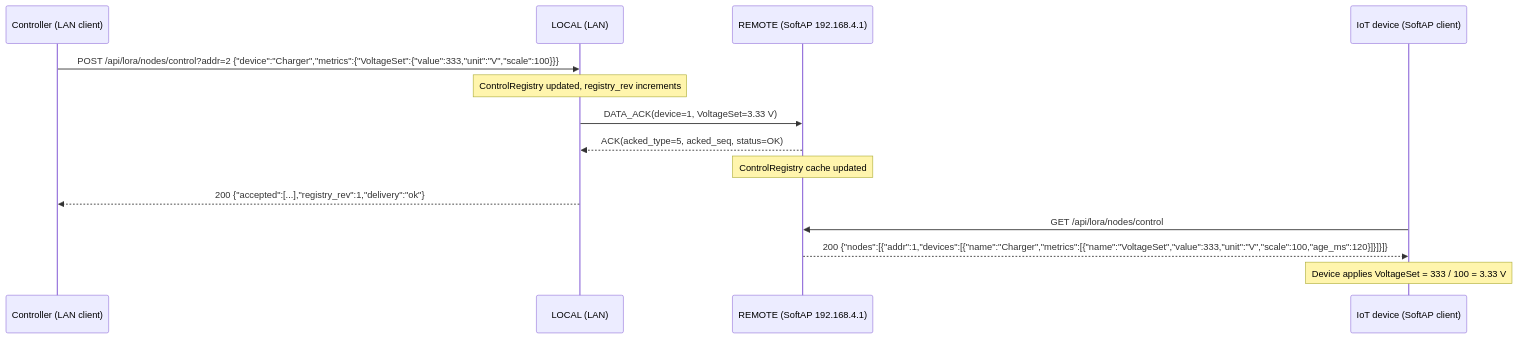
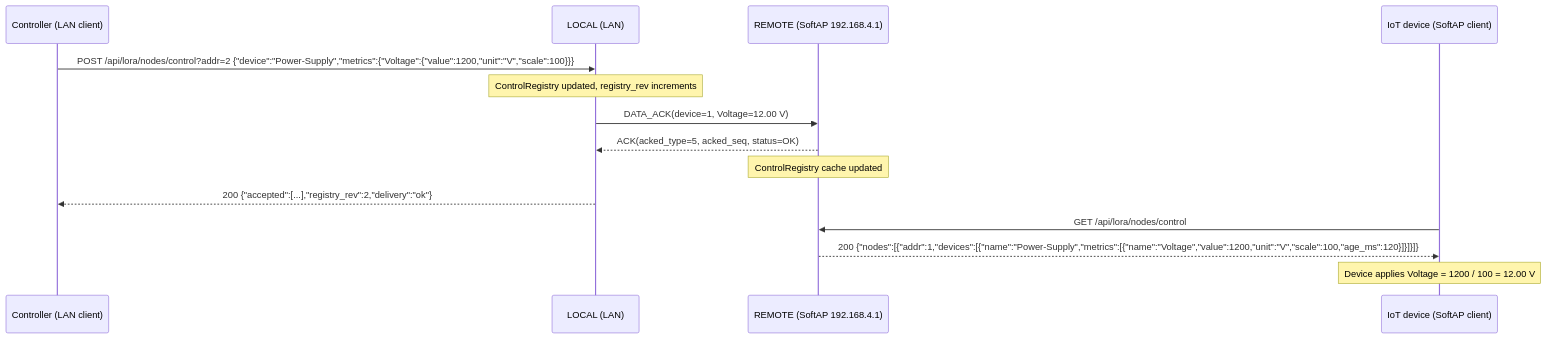
Before and after one commit to Warpguru/LoRaIoT: the ninth of 9 diagrams in doc/LoRaProtocol.md, drawn with Mermaid. The commit also changed other lines of this file and 20 other files, not shown here.

````diff
--- a/doc/LoRaProtocol.md
+++ b/doc/LoRaProtocol.md
@@ -671,18 +671,18 @@
 ```mermaid
 sequenceDiagram
     participant HA as Controller (LAN client)
     participant L as LOCAL (LAN)
     participant R as REMOTE (SoftAP 192.168.4.1)
     participant Device as IoT device (SoftAP client)
 
-    HA->>L: POST /api/lora/nodes/control?addr=2 {"device":"Charger","metrics":{"VoltageSet":{"value":333,"unit":"V","scale":100}}}
+    HA->>L: POST /api/lora/nodes/control?addr=2 {"device":"Power-Supply","metrics":{"Voltage":{"value":1200,"unit":"V","scale":100}}}
     Note over L: ControlRegistry updated, registry_rev increments
-    L->>R: DATA_ACK(device=1, VoltageSet=3.33 V)
+    L->>R: DATA_ACK(device=1, Voltage=12.00 V)
     R-->>L: ACK(acked_type=5, acked_seq, status=OK)
     Note over R: ControlRegistry cache updated
-    L-->>HA: 200 {"accepted":[...],"registry_rev":1,"delivery":"ok"}
+    L-->>HA: 200 {"accepted":[...],"registry_rev":2,"delivery":"ok"}
 
     Device->>R: GET /api/lora/nodes/control
-    R-->>Device: 200 {"nodes":[{"addr":1,"devices":[{"name":"Charger","metrics":[{"name":"VoltageSet","value":333,"unit":"V","scale":100,"age_ms":120}]}]}]}
-    Note over Device: Device applies VoltageSet = 333 / 100 = 3.33 V
+    R-->>Device: 200 {"nodes":[{"addr":1,"devices":[{"name":"Power-Supply","metrics":[{"name":"Voltage","value":1200,"unit":"V","scale":100,"age_ms":120}]}]}]}
+    Note over Device: Device applies Voltage = 1200 / 100 = 12.00 V
 ```
````
